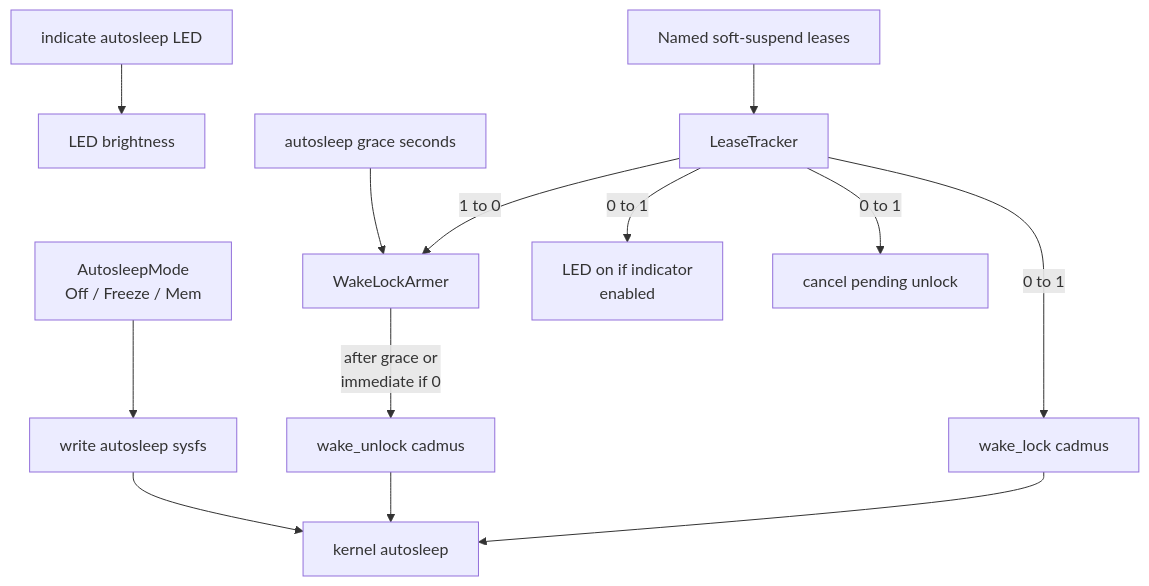
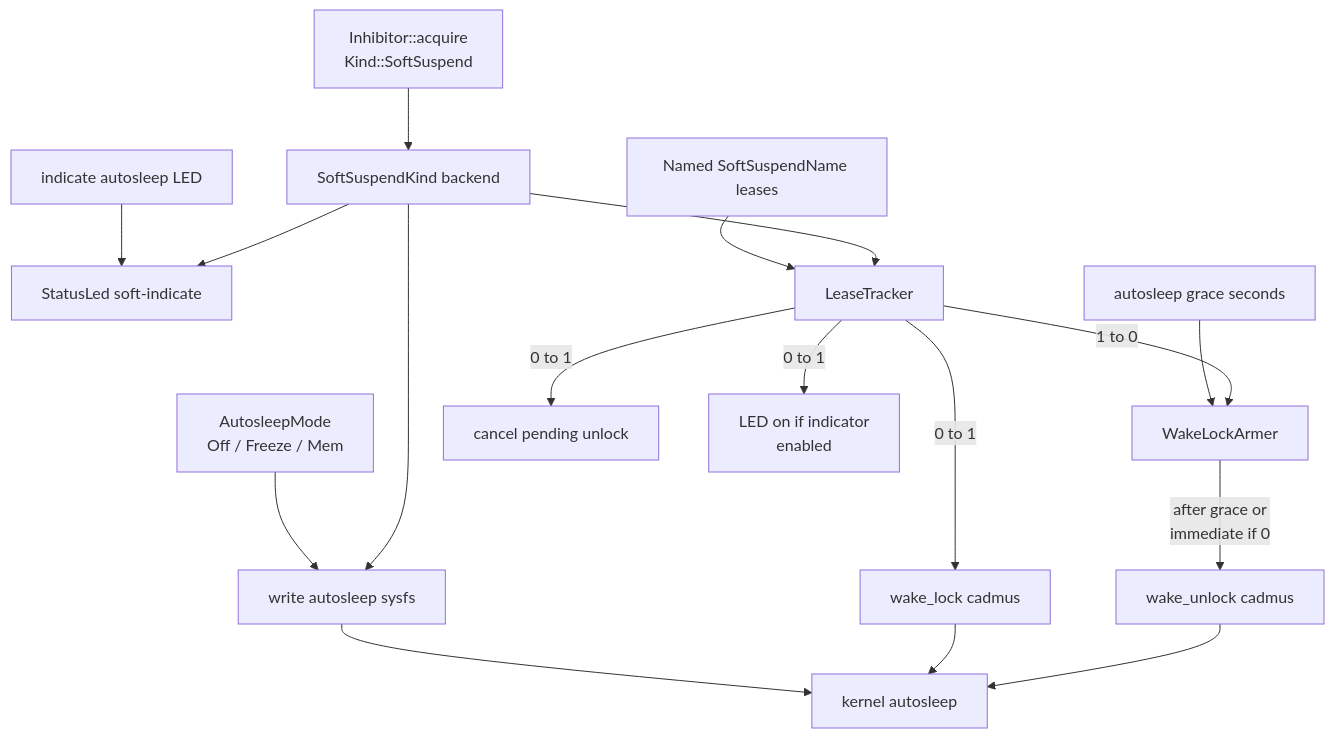
Before and after one commit to OGKevin/cadmus: the diagram in docs/src/contributing/device/suspend/soft-suspend.md, drawn with Mermaid. The commit also changed other lines of this file and 49 other files, not shown here.

First line of the commit message:
feat(inhibitor): route SoftSuspend through Inhibitor

````diff
--- a/docs/src/contributing/device/suspend/soft-suspend.md
+++ b/docs/src/contributing/device/suspend/soft-suspend.md
@@ -18,15 +18,19 @@
 ```mermaid
 flowchart TD
+  acquire["Inhibitor::acquire<br/>Kind::SoftSuspend"] --> kind["SoftSuspendKind backend"]
   settings["AutosleepMode<br/>Off / Freeze / Mem"] --> apply["write autosleep sysfs"]
-  ledSetting["indicate autosleep LED"] --> led["LED brightness"]
+  ledSetting["indicate autosleep LED"] --> led["StatusLed soft-indicate"]
   graceSetting["autosleep grace seconds"] --> armer["WakeLockArmer"]
-  holders["Named soft-suspend leases"] --> tracker["LeaseTracker"]
+  holders["Named SoftSuspendName leases"] --> tracker["LeaseTracker"]
   tracker -->|"0 to 1"| lock["wake_lock cadmus"]
   tracker -->|"0 to 1"| cancel["cancel pending unlock"]
   tracker -->|"0 to 1"| ledOn["LED on if indicator<br/>enabled"]
   tracker -->|"1 to 0"| armer
   armer -->|"after grace or<br/>immediate if 0"| unlock["wake_unlock cadmus"]
   apply --> kernel["kernel autosleep"]
   lock --> kernel
   unlock --> kernel
+  kind --> tracker
+  kind --> apply
+  kind --> led
 ```
````
